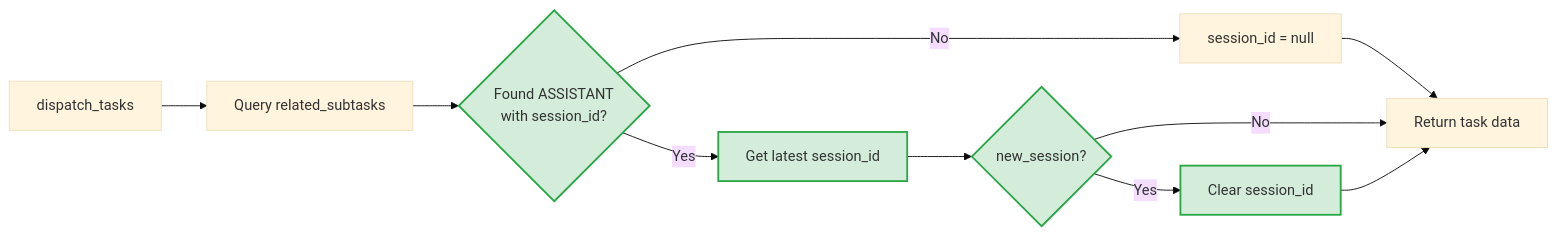
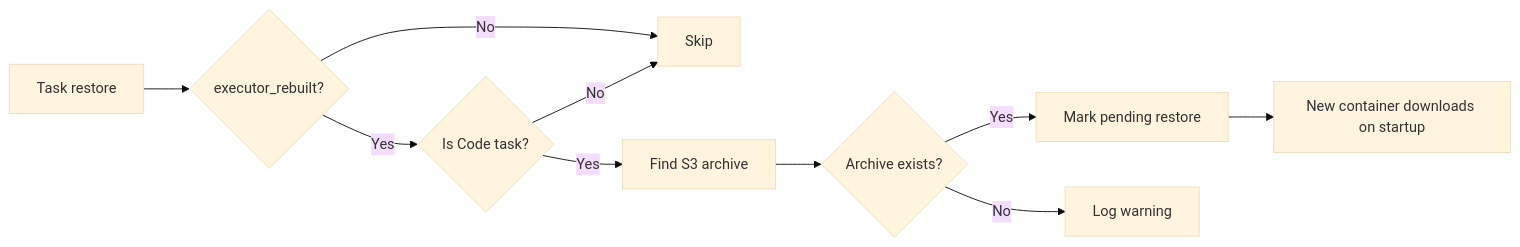
Before and after one commit to wecode-ai/Wegent: the fifth of 8 diagrams in docs/en/features/task-restore.md, drawn with Mermaid (base theme). The commit also changed other lines of this file and 7 other files, not shown here.

First line of the commit message:
refactor(backend,executor): remove database session ID persistence, use workspace archive only

````diff
--- a/docs/en/features/task-restore.md
+++ b/docs/en/features/task-restore.md
@@ -152,14 +184,12 @@
 ```mermaid
 flowchart LR
-    A[dispatch_tasks] --> B[Query related_subtasks]
-    B --> C{Found ASSISTANT<br/>with session_id?}:::new
-    C -->|Yes| D[Get latest session_id]:::new
-    C -->|No| E[session_id = null]
-    D --> F{new_session?}:::new
-    E --> G[Return task data]
-    F -->|Yes| H[Clear session_id]:::new
-    F -->|No| G
-    H --> G
-
-    classDef new fill:#d4edda,stroke:#28a745,stroke-width:2px
+    A[Task restore] --> B{executor_rebuilt?}
+    B -->|Yes| C{Is Code task?}
+    B -->|No| D[Skip]
+    C -->|Yes| E[Find S3 archive]
+    C -->|No| D
+    E --> F{Archive exists?}
+    F -->|Yes| G[Mark pending restore]
+    F -->|No| H[Log warning]
+    G --> I[New container downloads on startup]
 ```
````
